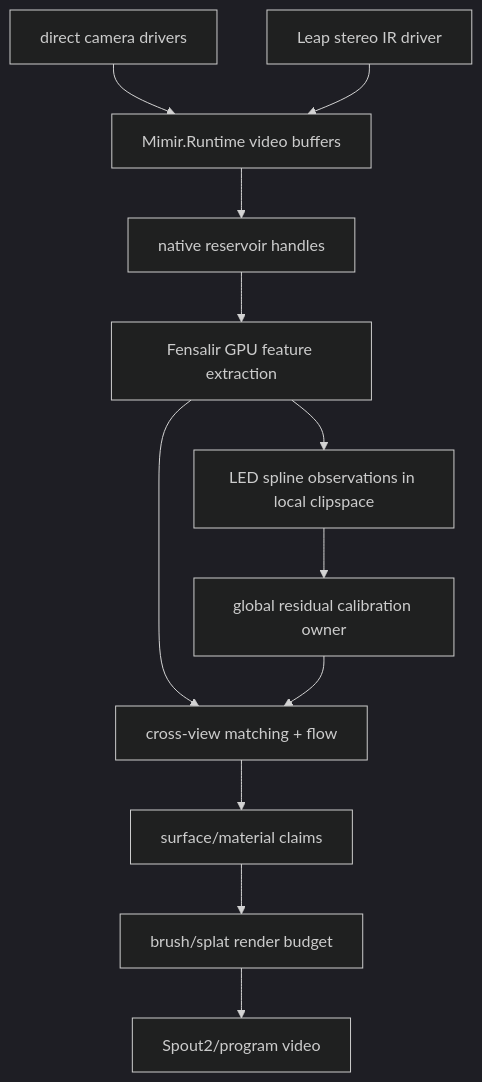
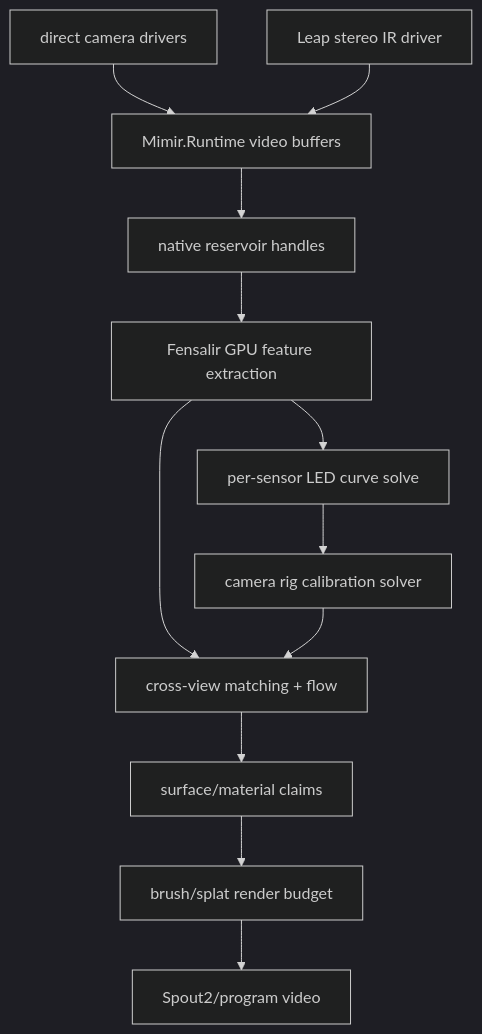
One commit to GameCult/Mimir changed the diagram in docs/sensor-fusion-architecture.md. Above: the diagram before and after it, drawn with Mermaid (dark theme). The commit also changed other lines of this file and 6 other files, not shown here.

Commit message:
Solve LED curves into camera calibration updates

````diff
--- a/docs/sensor-fusion-architecture.md
+++ b/docs/sensor-fusion-architecture.md
@@ -7,14 +7,14 @@
 ```mermaid
 flowchart TD
     A["direct camera drivers"] --> B["Mimir.Runtime video buffers"]
     C["Leap stereo IR driver"] --> B
     B --> D["native reservoir handles"]
     D --> E["Fensalir GPU feature extraction"]
-    E --> J["LED spline observations in local clipspace"]
+    E --> J["per-sensor LED curve solve"]
     E --> F["cross-view matching + flow"]
-    J --> K["global residual calibration owner"]
+    J --> K["camera rig calibration solver"]
     K --> F
     F --> G["surface/material claims"]
     G --> H["brush/splat render budget"]
     H --> I["Spout2/program video"]
 ```
````
